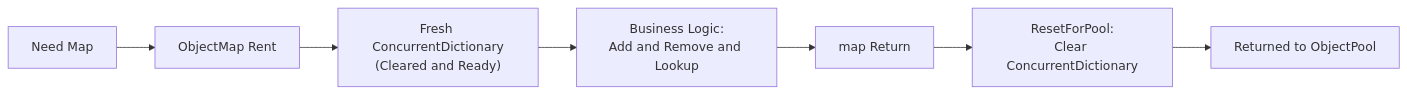
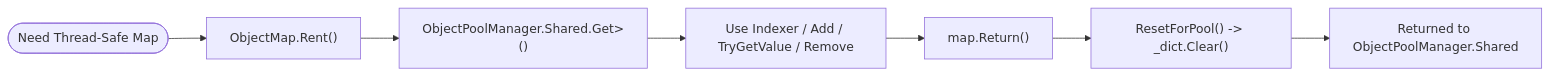
Before and after one commit to ppn-systems/nalix-docs: the diagram in src/content/docs/en-us/api/framework/memory/object-map.md, drawn with Mermaid. The commit also changed other lines of this file and 180 other files, not shown here.

````diff
--- a/src/content/docs/en-us/api/framework/memory/object-map.md
+++ b/src/content/docs/en-us/api/framework/memory/object-map.md
@@ -14,11 +15,9 @@
 ```mermaid
 flowchart LR
-    Start[Need Map] --> Rent[ObjectMap Rent]
-    Rent --> State["Fresh ConcurrentDictionary<br/>(Cleared and Ready)"]
-    
-    State --> Use["Business Logic:<br/>Add and Remove and Lookup"]
-    
-    Use --> Return[map Return]
-    Return --> Reset["ResetForPool:<br/>Clear ConcurrentDictionary"]
-    Reset --> Pool[Returned to ObjectPool]
+    Start(["Need Thread-Safe Map"]) --> Rent["ObjectMap<TKey, TValue>.Rent()"]
+    Rent --> Pool["ObjectPoolManager.Shared.Get<ObjectMap<TKey, TValue>>()"]
+    Pool --> Use["Use Indexer / Add / TryGetValue / Remove"]
+    Use --> Return["map.Return()"]
+    Return --> Reset["ResetForPool() -> _dict.Clear()"]
+    Reset --> PoolStore["Returned to ObjectPoolManager.Shared"]
 ```
````
